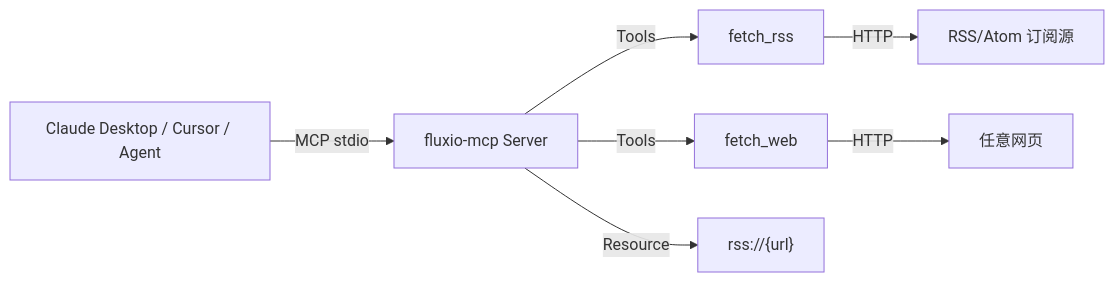
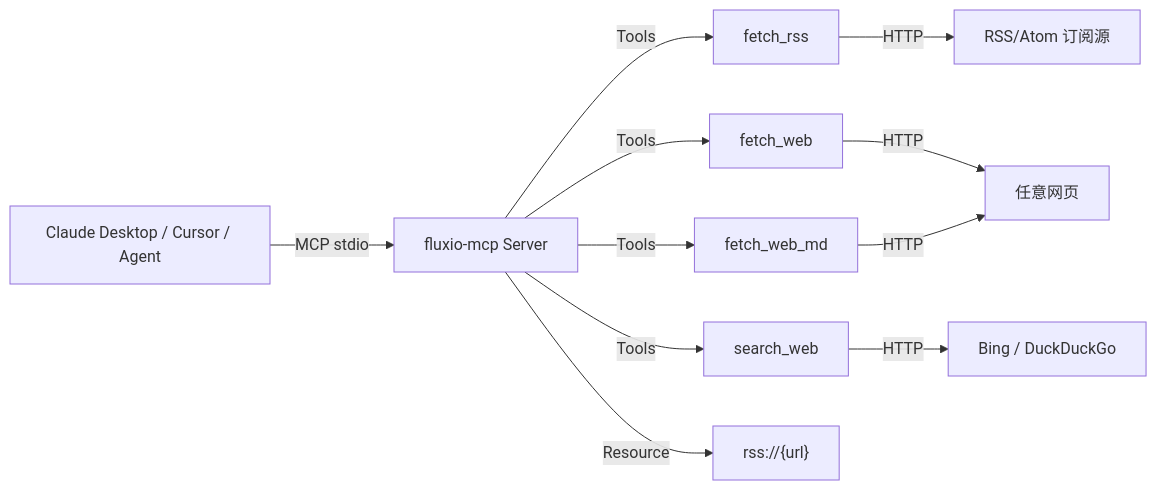
Before and after one commit to IYABAO/fluxio-mcp: the diagram in README.md, drawn with Mermaid. The commit also changed other lines of this file and 6 other files, not shown here.

First line of the commit message:
feat: 新增 search_web(Bing主端点+DuckDuckGo降级) 与 fetch_web_md(网页转Markdown) 两个工具

````diff
--- a/README.md
+++ b/README.md
@@ -13,9 +13,13 @@
 ```mermaid
 flowchart LR
     A[Claude Desktop / Cursor / Agent] -- MCP stdio --> B[fluxio-mcp Server]
     B -- Tools --> C[fetch_rss]
     B -- Tools --> D[fetch_web]
-    B -- Resource --> E["rss://{url}"]
-    C -- HTTP --> F[RSS/Atom 订阅源]
-    D -- HTTP --> G[任意网页]
+    B -- Tools --> E[fetch_web_md]
+    B -- Tools --> F[search_web]
+    B -- Resource --> G["rss://{url}"]
+    C -- HTTP --> H[RSS/Atom 订阅源]
+    D -- HTTP --> I[任意网页]
+    E -- HTTP --> I
+    F -- HTTP --> J[Bing / DuckDuckGo]
 ```
````
